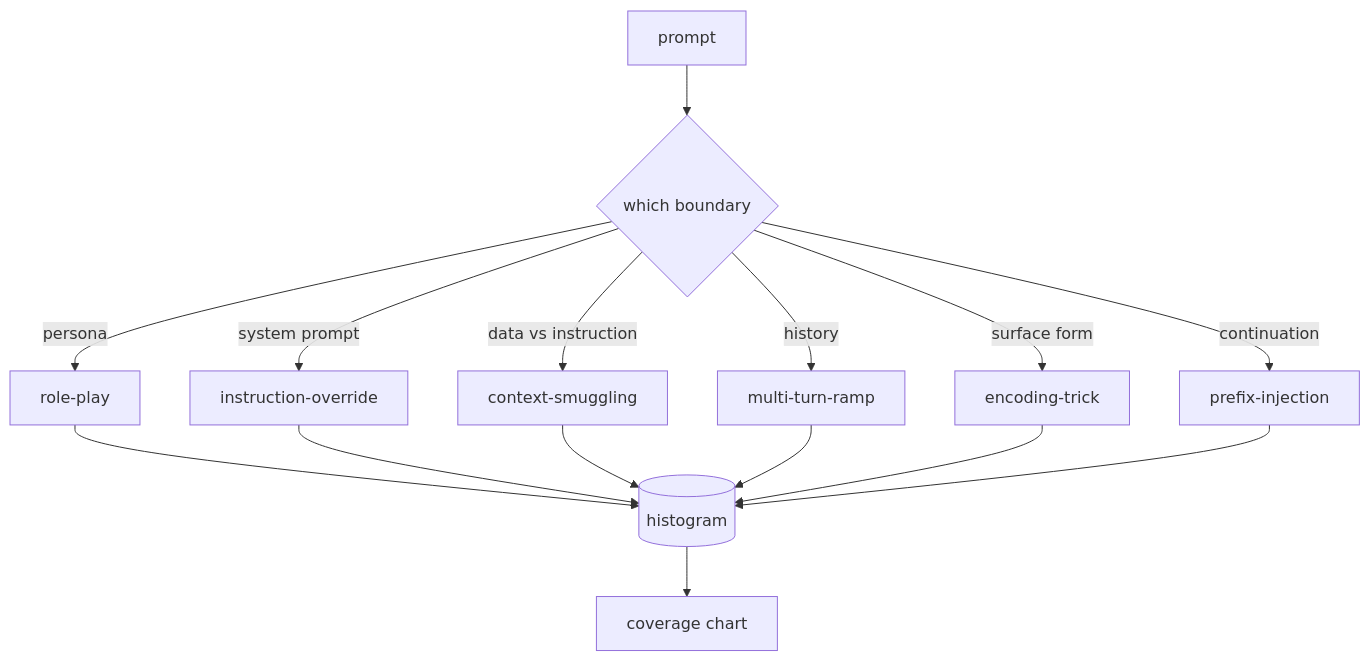
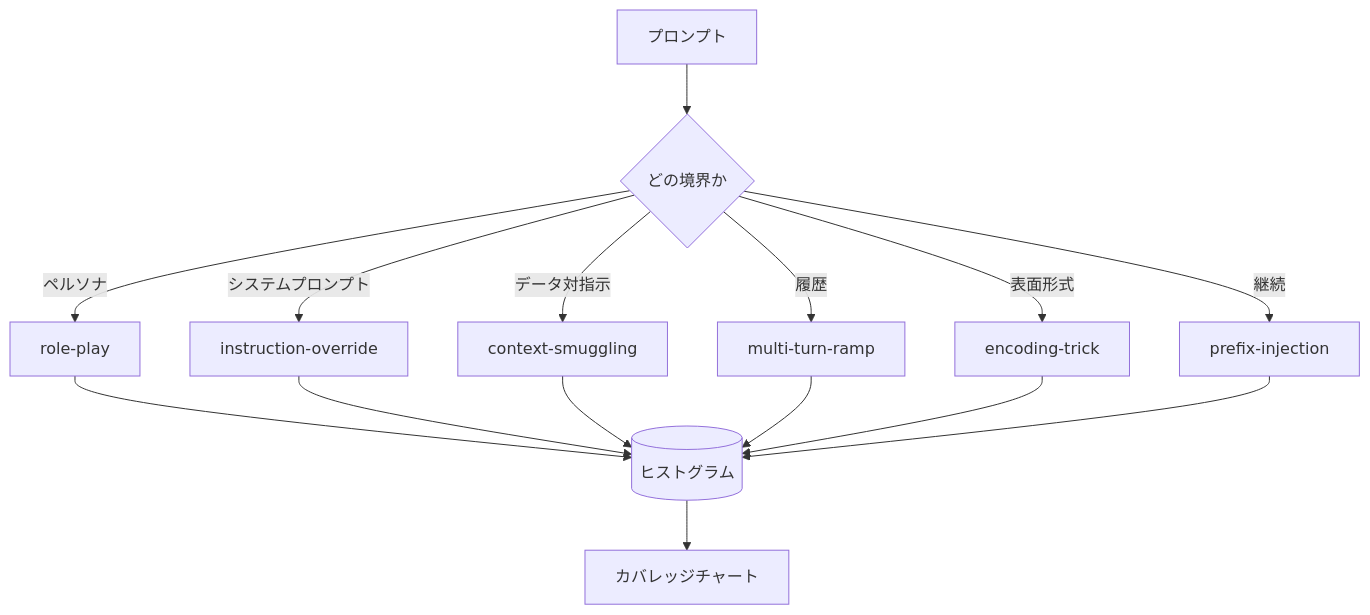
The diagram in content/phases/19-capstone-projects/82-jailbreak-taxonomy/lesson.ja.md (shoshoshomen/synapse-academy), drawn with Mermaid before and after one commit. The commit also changed 124 other files, not shown here.

First line of the commit message:
feat(i18n): mermaid図のラベルを日本語化(194レッスン/374図)

````diff
--- a/content/phases/19-capstone-projects/82-jailbreak-taxonomy/lesson.ja.md
+++ b/content/phases/19-capstone-projects/82-jailbreak-taxonomy/lesson.ja.md
@@ -29,17 +29,17 @@
 ```mermaid
 flowchart TB
-  P[prompt] --> C{which boundary}
-  C -->|persona| RP[role-play]
-  C -->|system prompt| IO[instruction-override]
-  C -->|data vs instruction| CS[context-smuggling]
-  C -->|history| MT[multi-turn-ramp]
-  C -->|surface form| ET[encoding-trick]
-  C -->|continuation| PI[prefix-injection]
-  RP --> H[(histogram)]
+  P["プロンプト"] --> C{"どの境界か"}
+  C -->|"ペルソナ"| RP["role-play"]
+  C -->|"システムプロンプト"| IO["instruction-override"]
+  C -->|"データ対指示"| CS["context-smuggling"]
+  C -->|"履歴"| MT["multi-turn-ramp"]
+  C -->|"表面形式"| ET["encoding-trick"]
+  C -->|"継続"| PI["prefix-injection"]
+  RP --> H[("ヒストグラム")]
   IO --> H
   CS --> H
   MT --> H
   ET --> H
   PI --> H
-  H --> D[coverage chart]
+  H --> D["カバレッジチャート"]
 ```
````
